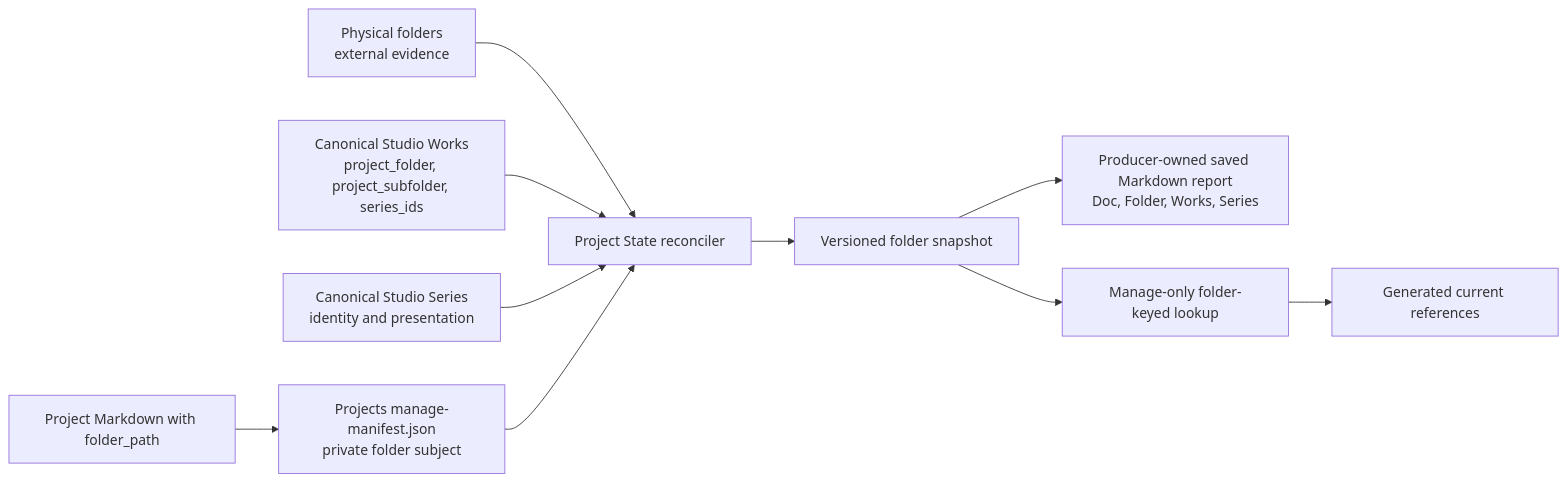
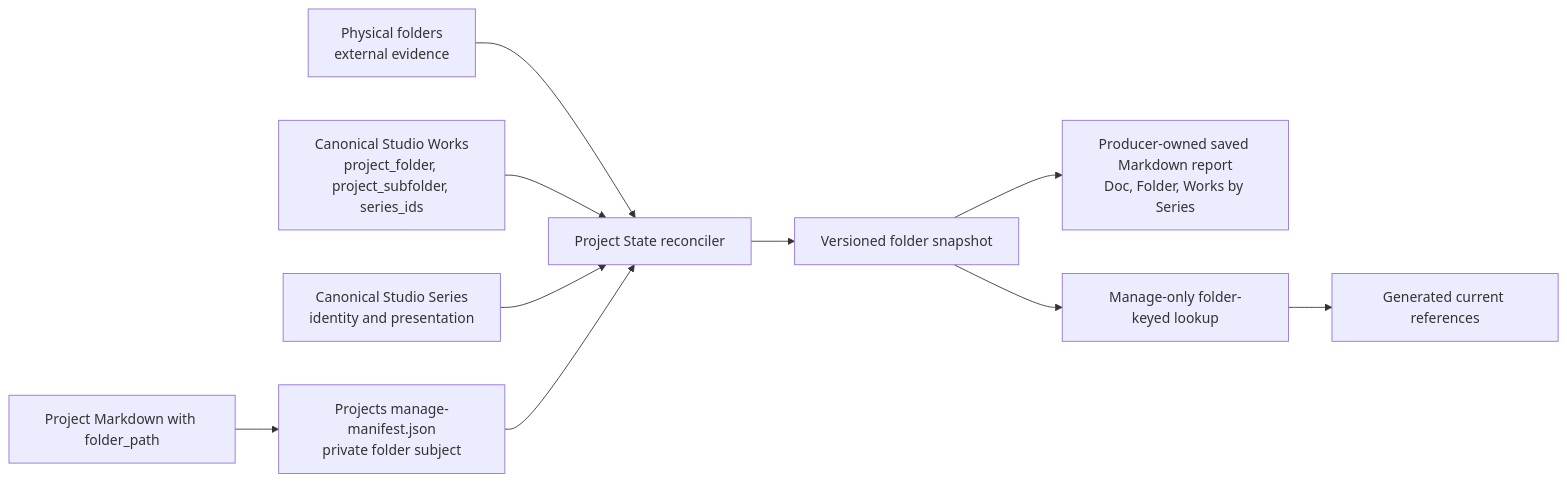
One commit to dotlineform/dotlineform-site changed the diagram in docs-viewer/scopes/studio/source/documents/d-20260802-121105-c574f9.md. Above: the diagram before and after it, drawn with Mermaid. The commit also changed other lines of this file and 9 other files, not shown here.

````diff
--- a/docs-viewer/scopes/studio/source/documents/d-20260802-121105-c574f9.md
+++ b/docs-viewer/scopes/studio/source/documents/d-20260802-121105-c574f9.md
@@ -42,16 +42,16 @@
 ```mermaid
 flowchart LR
     accTitle: Project State folder-centred reconciliation
-    accDescr: Folder-subject Project documents, physical folder evidence, and canonical Work and Series evidence produce one generated folder snapshot, saved report, and folder-keyed lookup that retain exact catalogue and publication evidence.
+    accDescr: Folder-subject Project documents, physical folder evidence, and canonical Work and Series evidence produce one generated folder snapshot, saved report, and folder-keyed lookup with exact Work identities and Series membership counts.
 
     folderDocs["Project Markdown with folder_path"] --> projectManifest["Projects manage-manifest.json<br/>private folder subject"]
     folders["Physical folders<br/>external evidence"] --> reconcile["Project State reconciler"]
     works["Canonical Studio Works<br/>project_folder, project_subfolder, series_ids"] --> reconcile
     series["Canonical Studio Series<br/>identity and presentation"] --> reconcile
     projectManifest --> reconcile
 
     reconcile --> snapshot["Versioned folder snapshot"]
-    snapshot --> report["Producer-owned saved Markdown report<br/>Doc, Folder, Works, Series"]
+    snapshot --> report["Producer-owned saved Markdown report<br/>Doc, Folder, Works by Series"]
     snapshot --> folderLookup["Manage-only folder-keyed lookup"]
     folderLookup --> resolver["Generated current references"]
 ```
````
